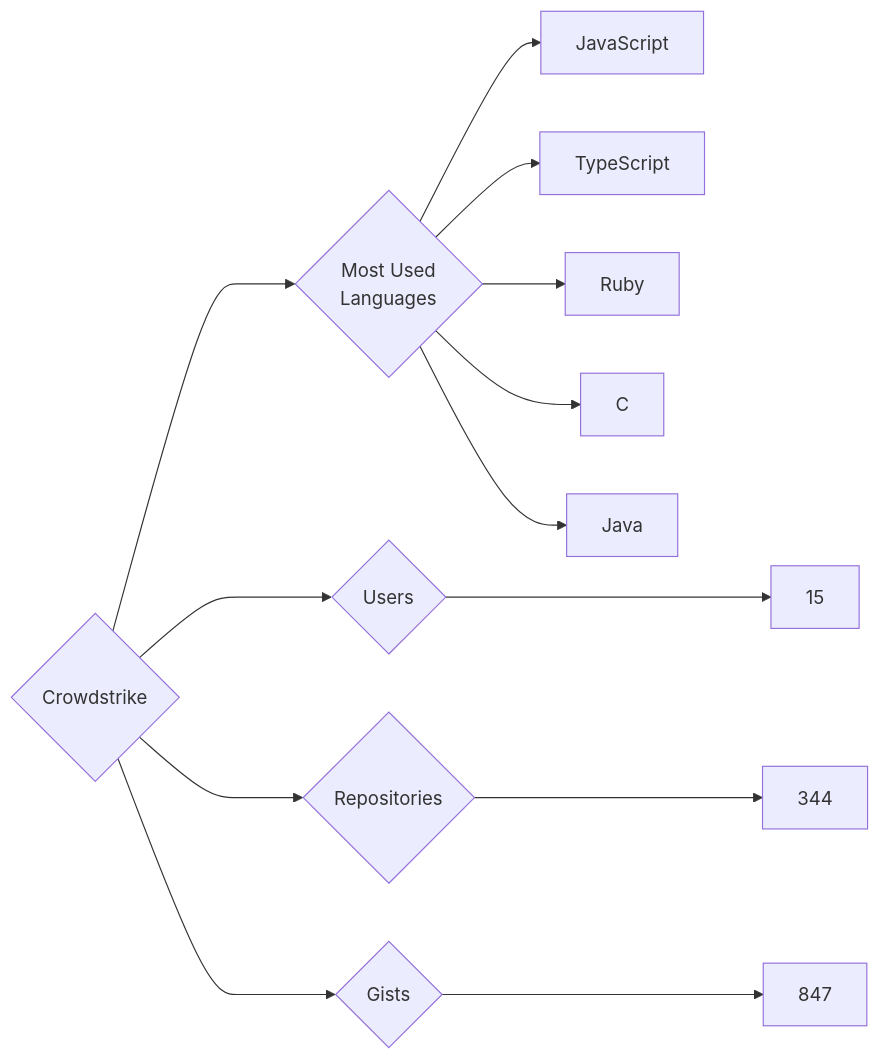
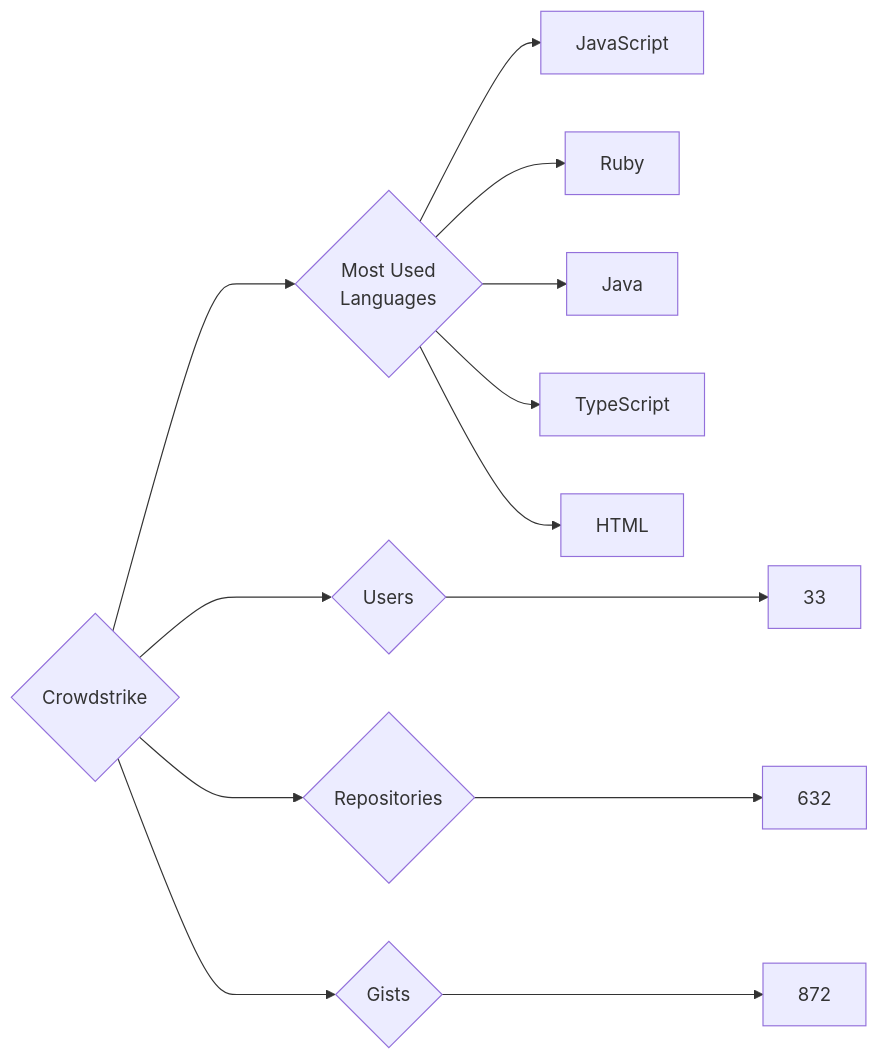
One commit to trickest/insiders changed the diagram in targets/Crowdstrike/README.md. Above: the diagram before and after it, drawn with Mermaid. The commit also changed 775 other files, not shown here.

````diff
--- a/targets/Crowdstrike/README.md
+++ b/targets/Crowdstrike/README.md
@@ -3,13 +3,13 @@
 ```mermaid
 graph LR
 COMPANY_NAME{Crowdstrike}
-COMPANY_NAME ---> U{Users} ---> UN[15]
-COMPANY_NAME ---> R{Repositories} ---> RN[344]
-COMPANY_NAME ---> G{Gists} ---> GN[847]
+COMPANY_NAME ---> U{Users} ---> UN[33]
+COMPANY_NAME ---> R{Repositories} ---> RN[632]
+COMPANY_NAME ---> G{Gists} ---> GN[872]
 COMPANY_NAME ---> ML{Most Used<br>Languages}
 ML --> JavaScript[JavaScript]
+ML --> Ruby[Ruby]
+ML --> Java[Java]
 ML --> TypeScript[TypeScript]
-ML --> Ruby[Ruby]
-ML --> C[C]
-ML --> Java[Java]
+ML --> HTML[HTML]
 ```
````
